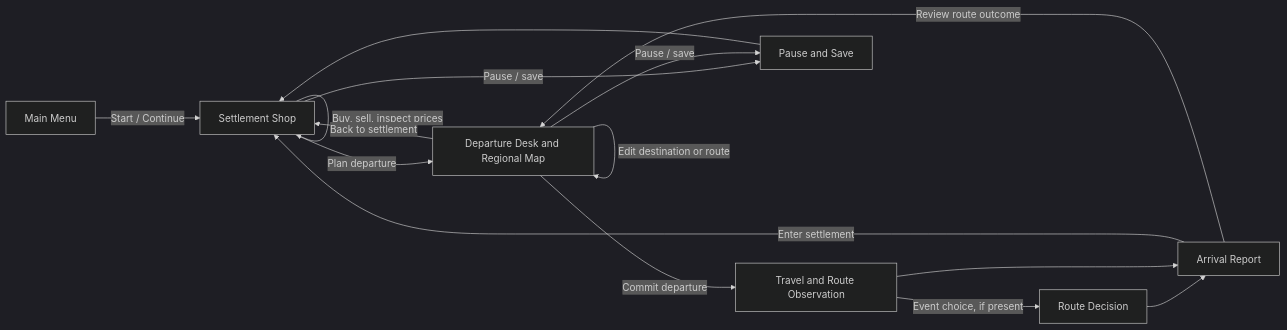
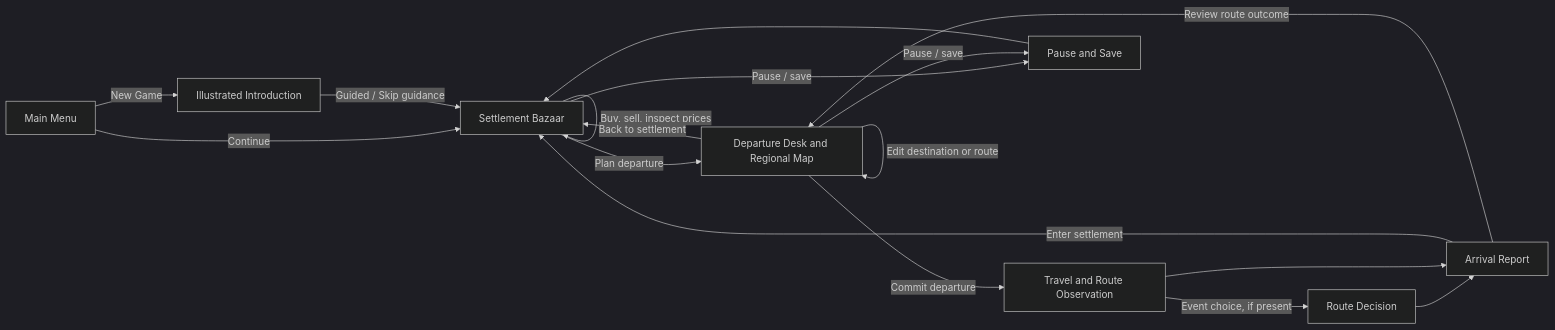
One commit to raphaelroshan/market-of-ash changed the first of 3 diagrams in docs/ux/alpha_experience_flow_spec.md. Above: the diagram before and after it, drawn with Mermaid (dark theme). The commit also changed other lines of this file and 16 other files, not shown here.

````diff
--- a/docs/ux/alpha_experience_flow_spec.md
+++ b/docs/ux/alpha_experience_flow_spec.md
@@ -26,17 +26,19 @@
 ```mermaid
 flowchart LR
-    M[Main Menu] -->|Start / Continue| S[Settlement Shop]
+    M[Main Menu] -->|New Game| I[Illustrated Introduction]
+    M -->|Continue| S[Settlement Bazaar]
+    I -->|Guided / Skip guidance| S
     S -->|Buy, sell, inspect prices| S
     S -->|Plan departure| D[Departure Desk and Regional Map]
     D -->|Edit destination or route| D
     D -->|Back to settlement| S
     D -->|Commit departure| T[Travel and Route Observation]
     T -->|Event choice, if present| E[Route Decision]
     E --> A[Arrival Report]
     T --> A
     A -->|Enter settlement| S
     A -->|Review route outcome| D
     S -->|Pause / save| P[Pause and Save]
     D -->|Pause / save| P
     P --> S
 ```
````
